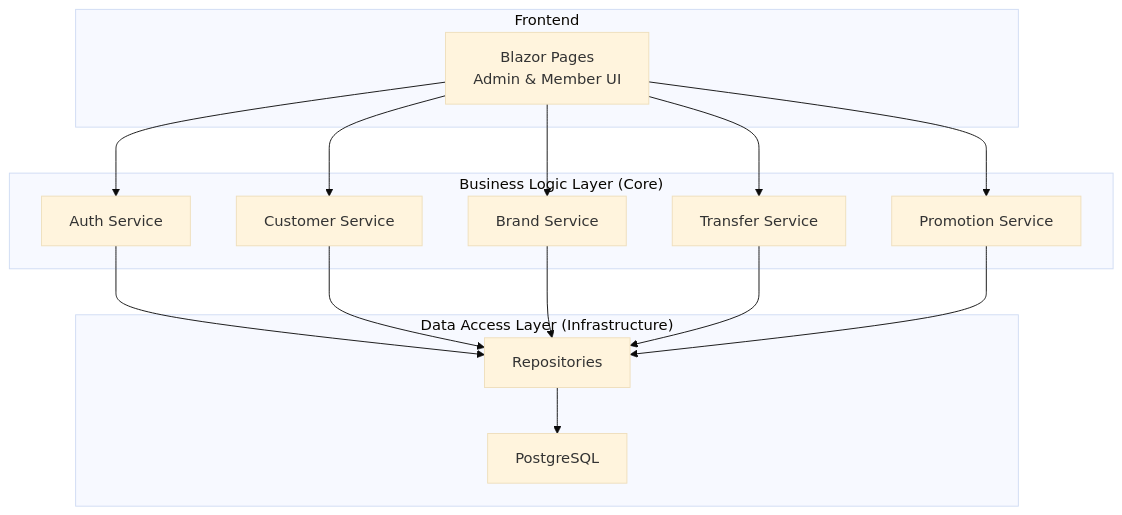
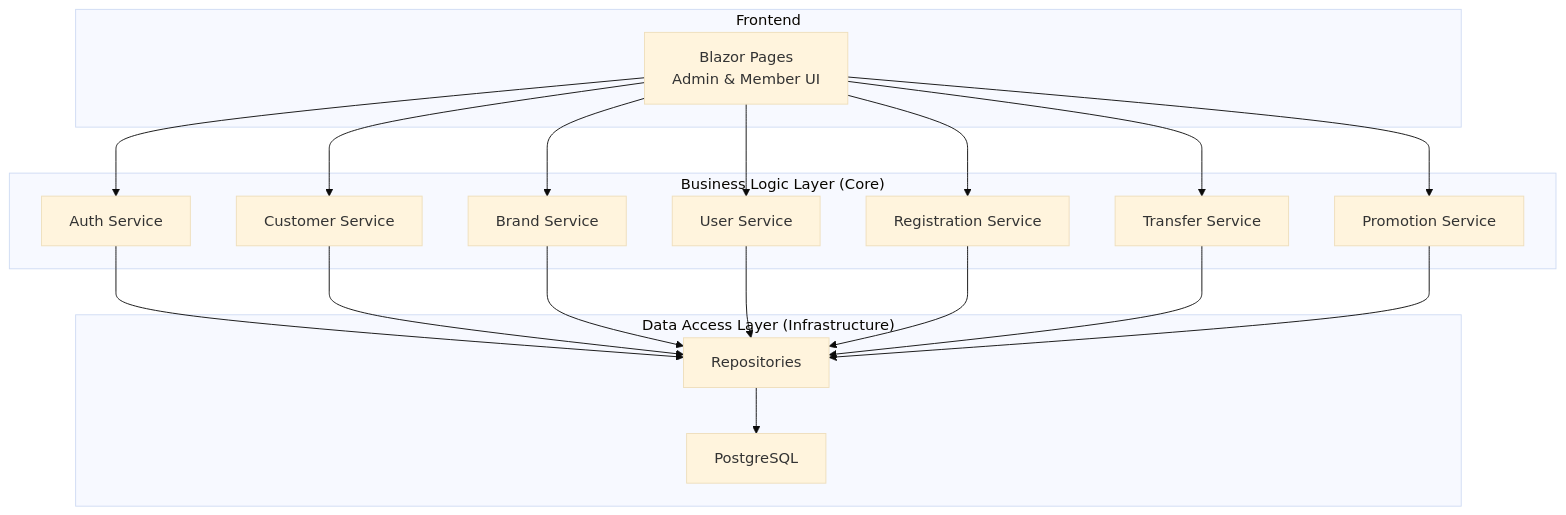
Before and after one commit to lamhongbac/NonCash: the first of 11 diagrams in .qoder/repowiki/en/content/Business Logic and Workflows/Customer and Business Management.md, drawn with Mermaid (base theme). The commit also changed other lines of this file and 13 other files, not shown here.

````diff
--- a/.qoder/repowiki/en/content/Business Logic and Workflows/Customer and Business Management.md
+++ b/.qoder/repowiki/en/content/Business Logic and Workflows/Customer and Business Management.md
@@ -47,28 +74,34 @@
 ```mermaid
 graph TB
 subgraph "Frontend"
 UI["Blazor Pages<br/>Admin & Member UI"]
 end
 subgraph "Business Logic Layer (Core)"
 AUTH["Auth Service"]
 CUSTOMER["Customer Service"]
 BRAND["Brand Service"]
+USER["User Service"]
+REGISTRATION["Registration Service"]
 TRANSFER["Transfer Service"]
 PROMO["Promotion Service"]
 end
 subgraph "Data Access Layer (Infrastructure)"
 REPO["Repositories"]
 DB["PostgreSQL"]
 end
 UI --> AUTH
 UI --> CUSTOMER
 UI --> BRAND
+UI --> USER
+UI --> REGISTRATION
 UI --> TRANSFER
 UI --> PROMO
 AUTH --> REPO
 CUSTOMER --> REPO
 BRAND --> REPO
+USER --> REPO
+REGISTRATION --> REPO
 TRANSFER --> REPO
 PROMO --> REPO
 REPO --> DB
 ```
````
